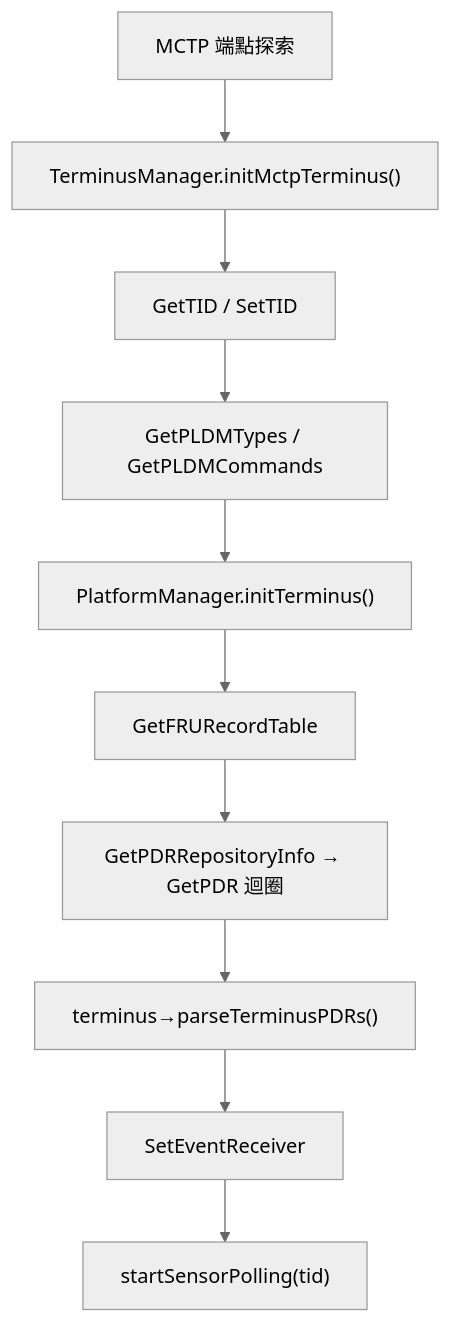
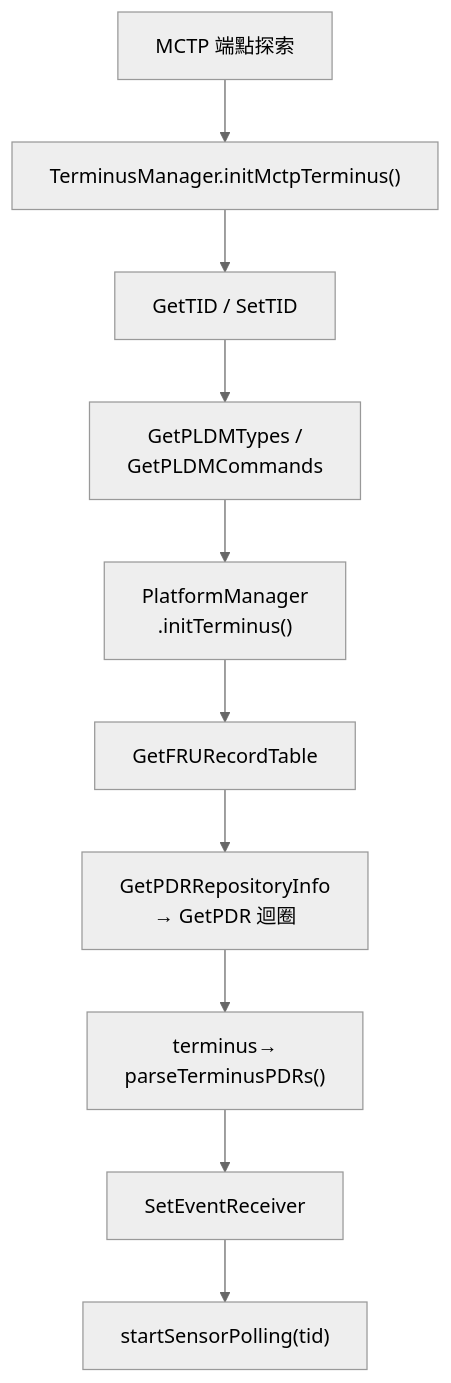
The fourth of 5 diagrams in pldm/CodeFlows.md (chilung-cgu/bmc-firmware-knowledge-base), drawn with Mermaid (neutral theme) before and after one commit. The commit also changed other lines of this file and 18 other files, not shown here.

First line of the commit message:
docs(pldm): 批量優化 Mermaid 流程圖排版解決文字截斷問題

````diff
--- a/pldm/CodeFlows.md
+++ b/pldm/CodeFlows.md
@@ -318,12 +318,12 @@
 ```mermaid
 flowchart TD
     Discover["MCTP 端點探索"] --> Init["TerminusManager.initMctpTerminus()"]
     Init --> TID["GetTID / SetTID"]
-    TID --> Types["GetPLDMTypes / GetPLDMCommands"]
-    Types --> PlatInit["PlatformManager.initTerminus()"]
+    TID --> Types["GetPLDMTypes /<br>GetPLDMCommands"]
+    Types --> PlatInit["PlatformManager<br>.initTerminus()"]
     PlatInit --> FRU["GetFRURecordTable"]
-    FRU --> GetPDR["GetPDRRepositoryInfo → GetPDR 迴圈"]
-    GetPDR --> Parse["terminus→parseTerminusPDRs()"]
+    FRU --> GetPDR["GetPDRRepositoryInfo<br>→ GetPDR 迴圈"]
+    GetPDR --> Parse["terminus→<br>parseTerminusPDRs()"]
     Parse --> EventCfg["SetEventReceiver"]
     EventCfg --> Poll["startSensorPolling(tid)"]
 ```
````
